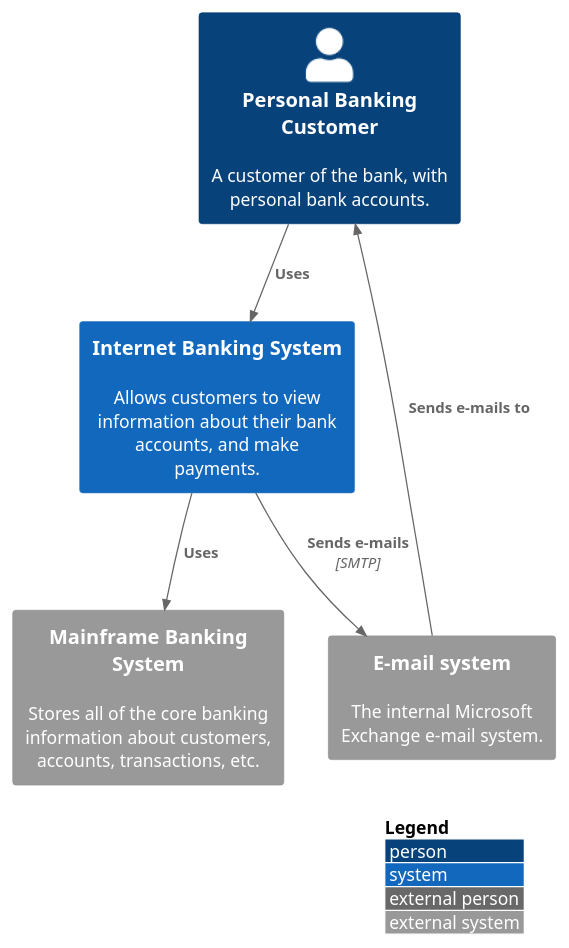
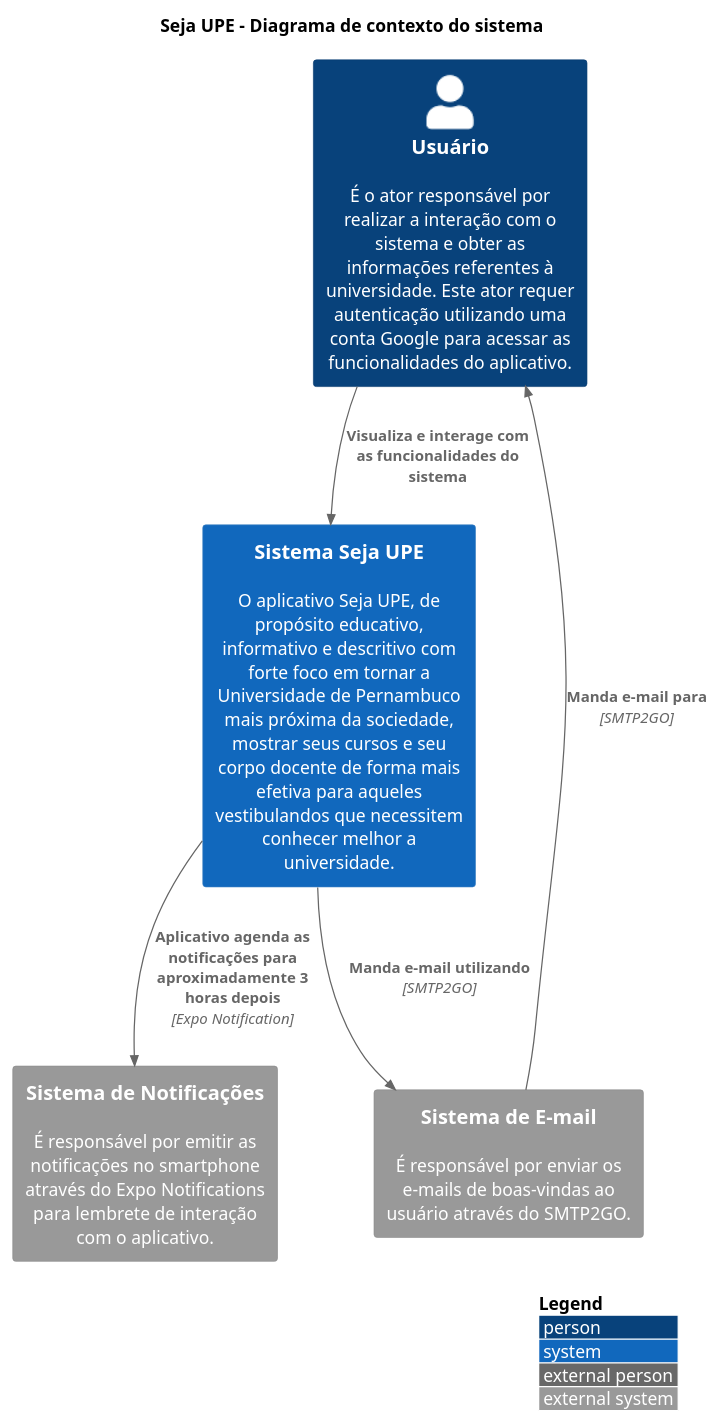
The diagram in src/context.puml (MurylloEx/Seja-UPE-Docs), drawn with PlantUML before and after one commit.

Commit message:
:sparkles: feat: begin system context diagram (c1/c4)

```diff
--- a/src/context.puml
+++ b/src/context.puml
@@ -1,16 +1,18 @@
 @startuml Contexto
 !include https://raw.githubusercontent.com/adrianvlupu/C4-PlantUML/latest/C4_Context.puml
 
 LAYOUT_WITH_LEGEND()
 
-Person(pbc, "Personal Banking Customer", "A customer of the bank, with personal bank accounts.")
-System(ibs, "Internet Banking System", "Allows customers to view information about their bank accounts, and make payments.")
-System_Ext(es, "E-mail system", "The internal Microsoft Exchange e-mail system.")
-System_Ext(mbs, "Mainframe Banking System", "Stores all of the core banking information about customers, accounts, transactions, etc.")
+title "Seja UPE - Diagrama de contexto do sistema"
 
-Rel(pbc, ibs, "Uses")
-Rel(es, pbc, "Sends e-mails to")
-Rel(ibs, es, "Sends e-mails", "SMTP")
-Rel(ibs, mbs, "Uses")
+Person(personUser, "Usuário", "É o ator responsável por realizar a interação com o sistema e obter as informações referentes à universidade. Este ator requer autenticação utilizando uma conta Google para acessar as funcionalidades do aplicativo.")
+System(systemSejaUPE, "Sistema Seja UPE", "O aplicativo Seja UPE, de propósito educativo, informativo e descritivo com forte foco em tornar a Universidade de Pernambuco mais próxima da sociedade, mostrar seus cursos e seu corpo docente de forma mais efetiva para aqueles vestibulandos que necessitem conhecer melhor a universidade.")
+System_Ext(systemEmail, "Sistema de E-mail", "É responsável por enviar os e-mails de boas-vindas ao usuário através do SMTP2GO.")
+System_Ext(systemNotification, "Sistema de Notificações", "É responsável por emitir as notificações no smartphone através do Expo Notifications para lembrete de interação com o aplicativo.")
+
+Rel(personUser, systemSejaUPE, "Visualiza e interage com as funcionalidades do sistema")
+Rel(systemEmail, personUser, "Manda e-mail para", "SMTP2GO")
+Rel(systemSejaUPE, systemEmail, "Manda e-mail utilizando", "SMTP2GO")
+Rel(systemSejaUPE, systemNotification, "Aplicativo agenda as notificações para aproximadamente 3 horas depois", "Expo Notification")
 
 @enduml
```
